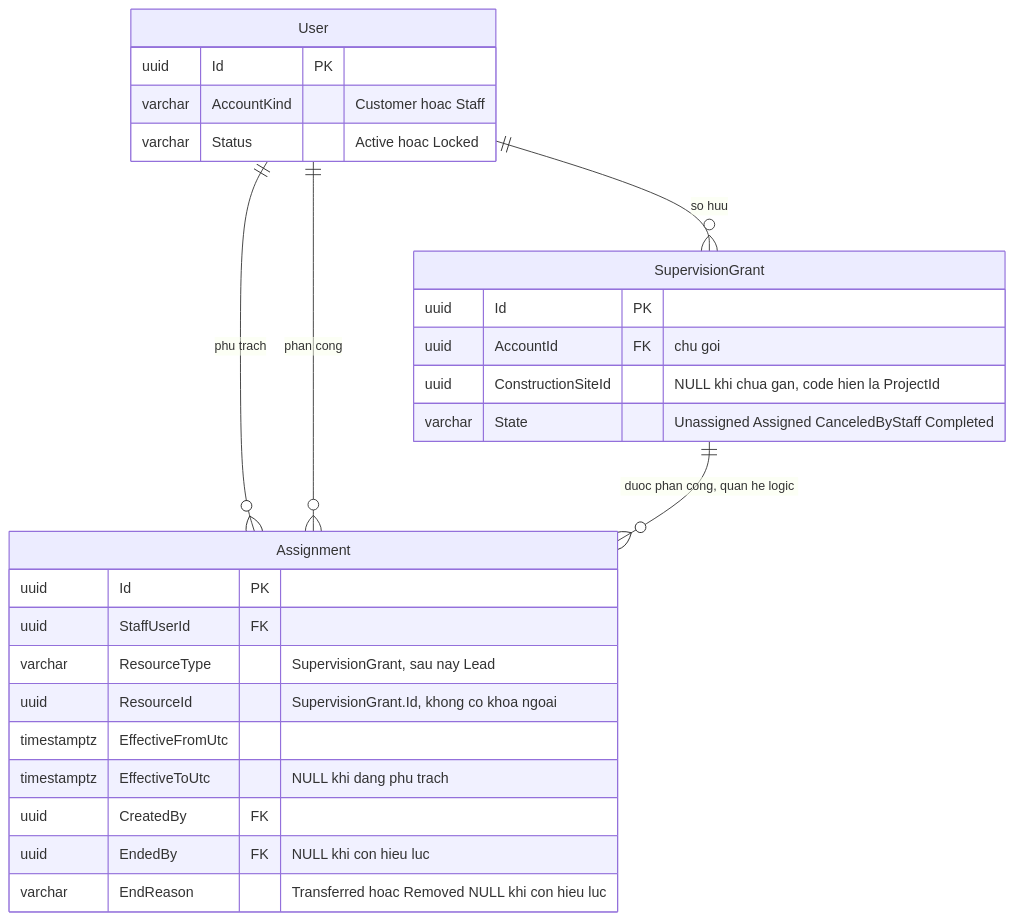
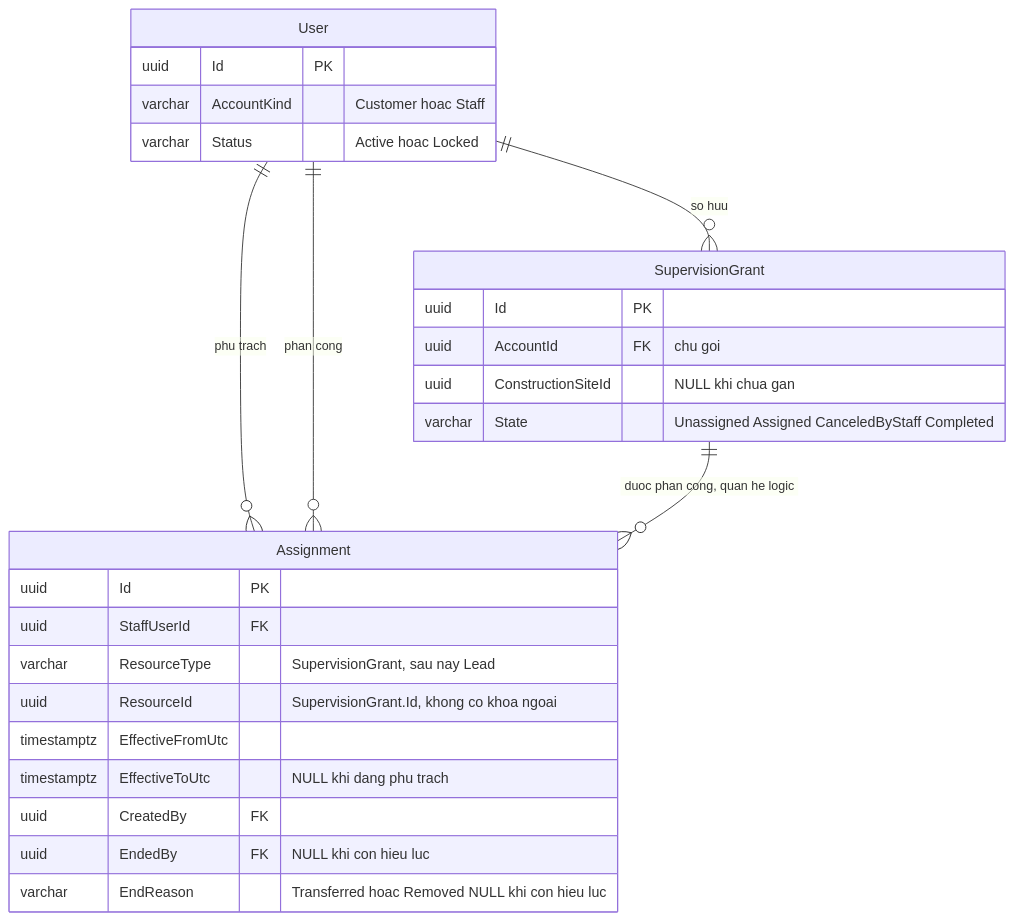
One commit to TaskCoper/bmt-documentation changed the fifth of 5 diagrams in tdd/TDD-RBAC-003.md. Above: the diagram before and after it, drawn with Mermaid. The commit also changed other lines of this file and 12 other files, not shown here.

First line of the commit message:
docs: đồng bộ TDD, ERD và nợ kỹ thuật với code đã triển khai

````diff
--- a/tdd/TDD-RBAC-003.md
+++ b/tdd/TDD-RBAC-003.md
@@ -440,29 +440,29 @@
 ```mermaid
 erDiagram
     User {
         uuid Id PK
         varchar AccountKind "Customer hoac Staff"
         varchar Status "Active hoac Locked"
     }
     SupervisionGrant {
         uuid Id PK
         uuid AccountId FK "chu goi"
-        uuid ConstructionSiteId "NULL khi chua gan, code hien la ProjectId"
+        uuid ConstructionSiteId "NULL khi chua gan"
         varchar State "Unassigned Assigned CanceledByStaff Completed"
     }
     Assignment {
         uuid Id PK
         uuid StaffUserId FK
         varchar ResourceType "SupervisionGrant, sau nay Lead"
         uuid ResourceId "SupervisionGrant.Id, khong co khoa ngoai"
         timestamptz EffectiveFromUtc
         timestamptz EffectiveToUtc "NULL khi dang phu trach"
         uuid CreatedBy FK
         uuid EndedBy FK "NULL khi con hieu luc"
         varchar EndReason "Transferred hoac Removed NULL khi con hieu luc"
     }
     User ||--o{ Assignment : "phu trach"
     User ||--o{ Assignment : "phan cong"
     User ||--o{ SupervisionGrant : "so huu"
     SupervisionGrant ||--o{ Assignment : "duoc phan cong, quan he logic"
 ```
````
